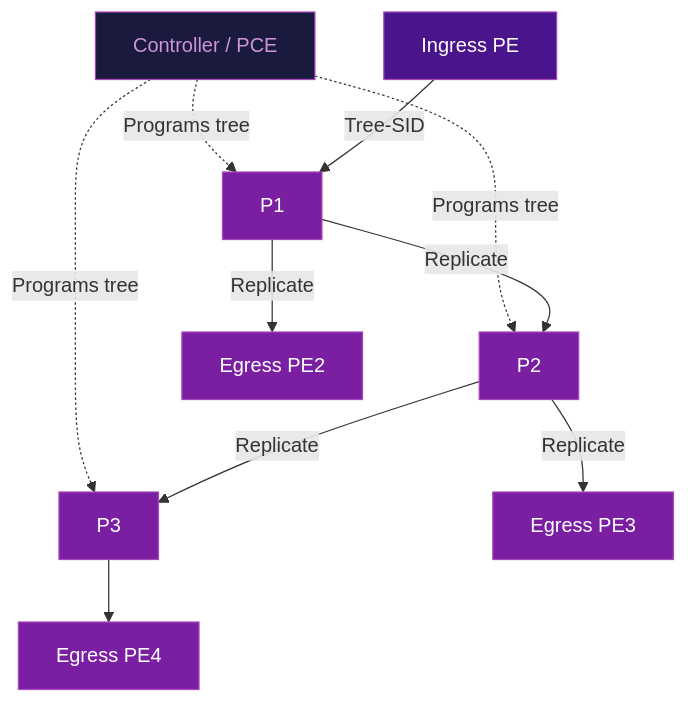
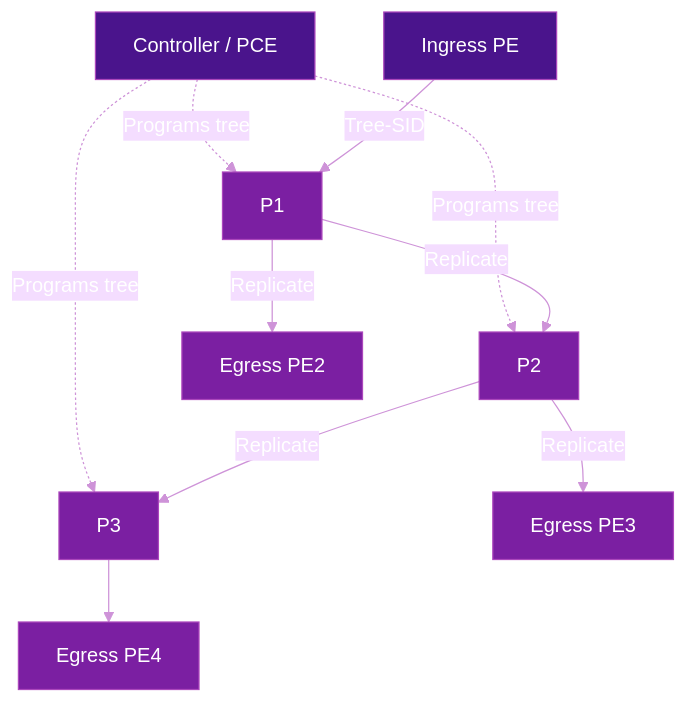
The third of 3 diagrams in docs/topics/multicast.md (eldaninavas/srv6.md), drawn with Mermaid before and after one commit. The commit also changed other lines of this file and 26 other files, not shown here.

First line of the commit message:
fix: Mermaid diagram text visibility in light mode + categorize RFC nav

````diff
--- a/docs/topics/multicast.md
+++ b/docs/topics/multicast.md
@@ -112,22 +114,23 @@
 ```mermaid
+%%{init: {"theme": "base", "themeVariables": {"primaryTextColor": "#fff", "lineColor": "#ce93d8", "textColor": "#fff"}}}%%
 graph TD
     CTRL[Controller / PCE] -.->|Programs tree| P1
     CTRL -.->|Programs tree| P2
     CTRL -.->|Programs tree| P3
 
     PE1[Ingress PE] -->|Tree-SID| P1[P1]
     P1 -->|Replicate| P2[P2]
     P1 -->|Replicate| PE2[Egress PE2]
     P2 -->|Replicate| PE3[Egress PE3]
     P2 -->|Replicate| P3[P3]
     P3 --> PE4[Egress PE4]
 
-    style CTRL fill:#1a1a3e,color:#ce93d8,stroke:#ab47bc
+    style CTRL fill:#4a148c,color:#fff,stroke:#ab47bc
     style PE1 fill:#4a148c,color:#fff,stroke:#ab47bc
     style P1 fill:#7b1fa2,color:#fff,stroke:#ab47bc
     style P2 fill:#7b1fa2,color:#fff,stroke:#ab47bc
     style P3 fill:#7b1fa2,color:#fff,stroke:#ab47bc
     style PE2 fill:#7b1fa2,color:#fff,stroke:#ab47bc
     style PE3 fill:#7b1fa2,color:#fff,stroke:#ab47bc
     style PE4 fill:#7b1fa2,color:#fff,stroke:#ab47bc
 ```
````
